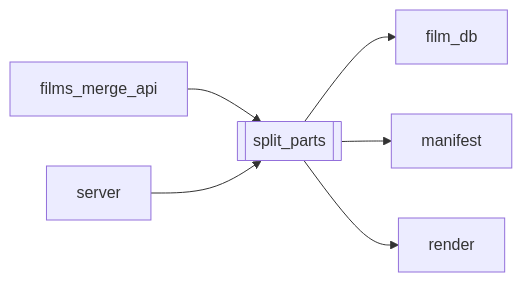
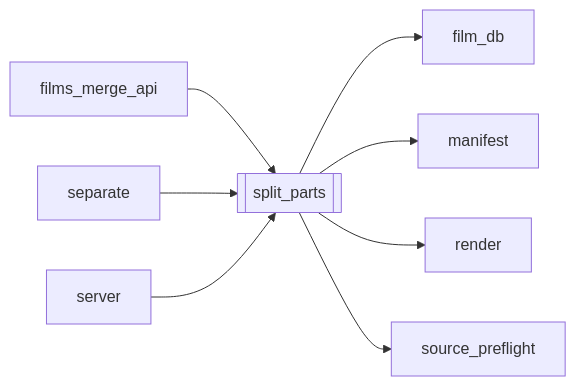
The diagram in docs/brain/modules/split_parts.md (kjza178/PineLineV4), drawn with Mermaid before and after one commit. The commit also changed other lines of this file and 200 other files, not shown here.

````diff
--- a/docs/brain/modules/split_parts.md
+++ b/docs/brain/modules/split_parts.md
@@ -17,9 +17,11 @@
 ```mermaid
 flowchart LR
   split_parts[[split_parts]]
   films_merge_api[films_merge_api] --> split_parts
+  separate[separate] --> split_parts
   server[server] --> split_parts
   split_parts --> film_db[film_db]
   split_parts --> manifest[manifest]
   split_parts --> render[render]
+  split_parts --> source_preflight[source_preflight]
 ```
````
